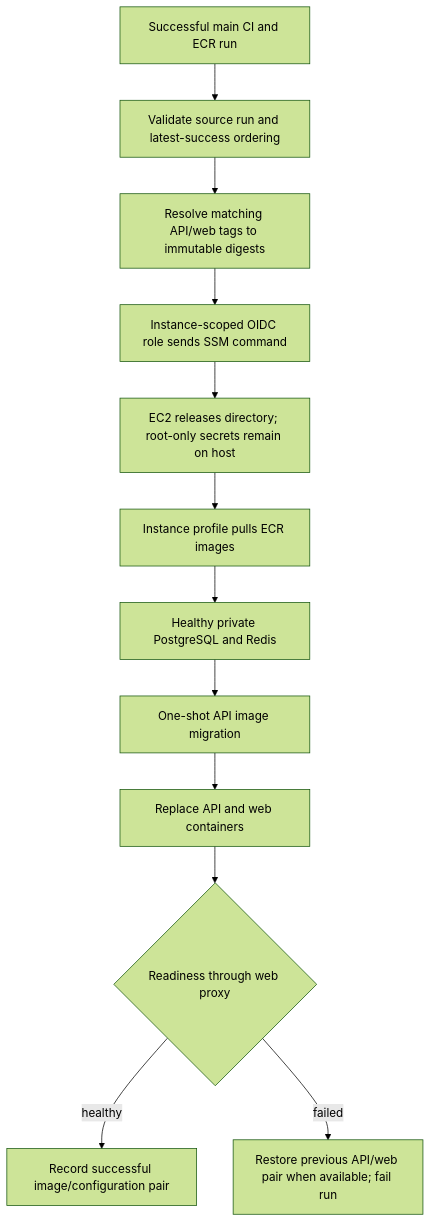
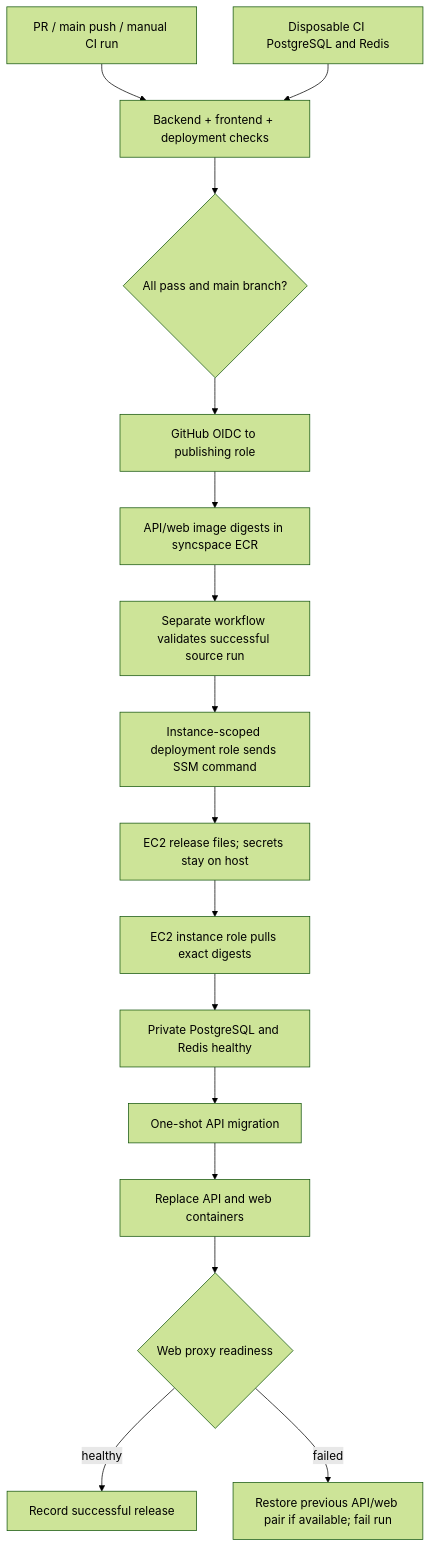
Before and after one commit to balumurugan107/SyncSpace: the fifth of 6 diagrams in SYSTEM_DESIGN_GUIDE.md, drawn with Mermaid (forest theme). The commit also changed other lines of this file and 4 other files, not shown here.

Commit message:
Record verified GitHub ECR and live EC2 delivery [skip ci]

````diff
--- a/SYSTEM_DESIGN_GUIDE.md
+++ b/SYSTEM_DESIGN_GUIDE.md
@@ -708,14 +678,18 @@
 ```mermaid
 flowchart TD
-    Passed[Successful main CI and ECR run] --> Validate[Validate source run and latest-success ordering]
-    Validate --> Digests[Resolve matching API/web tags to immutable digests]
-    Digests --> SSM[Instance-scoped OIDC role sends SSM command]
-    SSM --> Host[EC2 releases directory; root-only secrets remain on host]
-    Host --> Pull[Instance profile pulls ECR images]
-    Pull --> Stores[Healthy private PostgreSQL and Redis]
-    Stores --> Migration[One-shot API image migration]
+    Source[PR / main push / manual CI run] --> Checks[Backend + frontend + deployment checks]
+    Stores[Disposable CI PostgreSQL and Redis] --> Checks
+    Checks --> Gate{All pass and main branch?}
+    Gate --> OIDC[GitHub OIDC to publishing role]
+    OIDC --> ECR[API/web image digests in syncspace ECR]
+    ECR --> Verify[Separate workflow validates successful source run]
+    Verify --> SSM[Instance-scoped deployment role sends SSM command]
+    SSM --> Host[EC2 release files; secrets stay on host]
+    Host --> Pull[EC2 instance role pulls exact digests]
+    Pull --> Ready[Private PostgreSQL and Redis healthy]
+    Ready --> Migration[One-shot API migration]
     Migration --> Replace[Replace API and web containers]
-    Replace --> Health{Readiness through web proxy}
-    Health -->|healthy| Record[Record successful image/configuration pair]
-    Health -->|failed| Restore[Restore previous API/web pair when available; fail run]
+    Replace --> Health{Web proxy readiness}
+    Health -->|healthy| Record[Record successful release]
+    Health -->|failed| Restore[Restore previous API/web pair if available; fail run]
 ```
````
